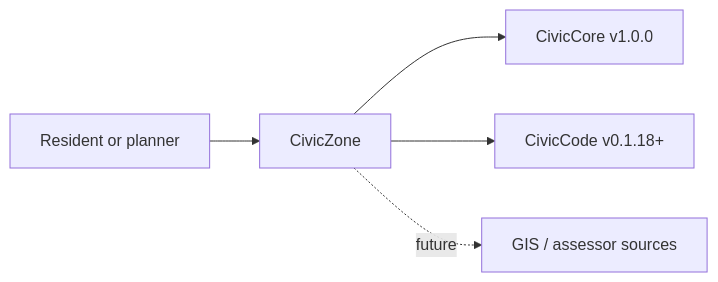
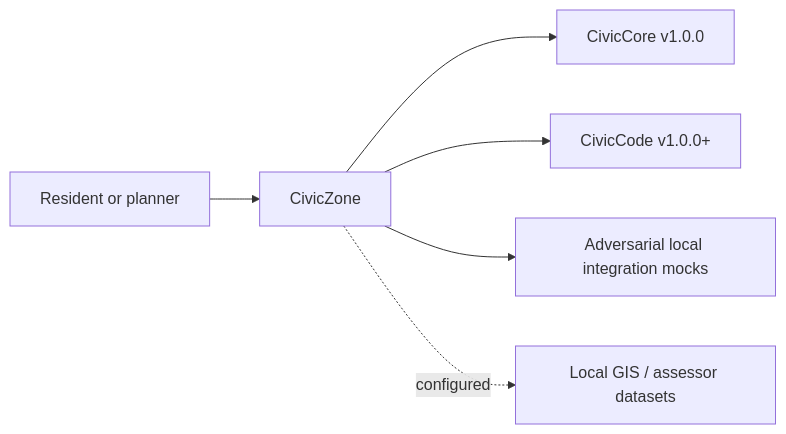
The diagram in USER-MANUAL.md (CivicSuite/civiczone), drawn with Mermaid before and after one commit. The commit also changed other lines of this file and 28 other files, not shown here.

Commit message:
Release CivicZone v1 product surface

````diff
--- a/USER-MANUAL.md
+++ b/USER-MANUAL.md
@@ -43,7 +53,8 @@
 ```mermaid
 flowchart LR
   Resident["Resident or planner"] --> CivicZone["CivicZone"]
 CivicZone --> CivicCore["CivicCore v1.0.0"]
-CivicZone --> CivicCode["CivicCode v0.1.18+"]
-  CivicZone -. future .-> GIS["GIS / assessor sources"]
+CivicZone --> CivicCode["CivicCode v1.0.0+"]
+CivicZone --> LocalMocks["Adversarial local integration mocks"]
+CivicZone -. configured .-> GIS["Local GIS / assessor datasets"]
 ```
````
